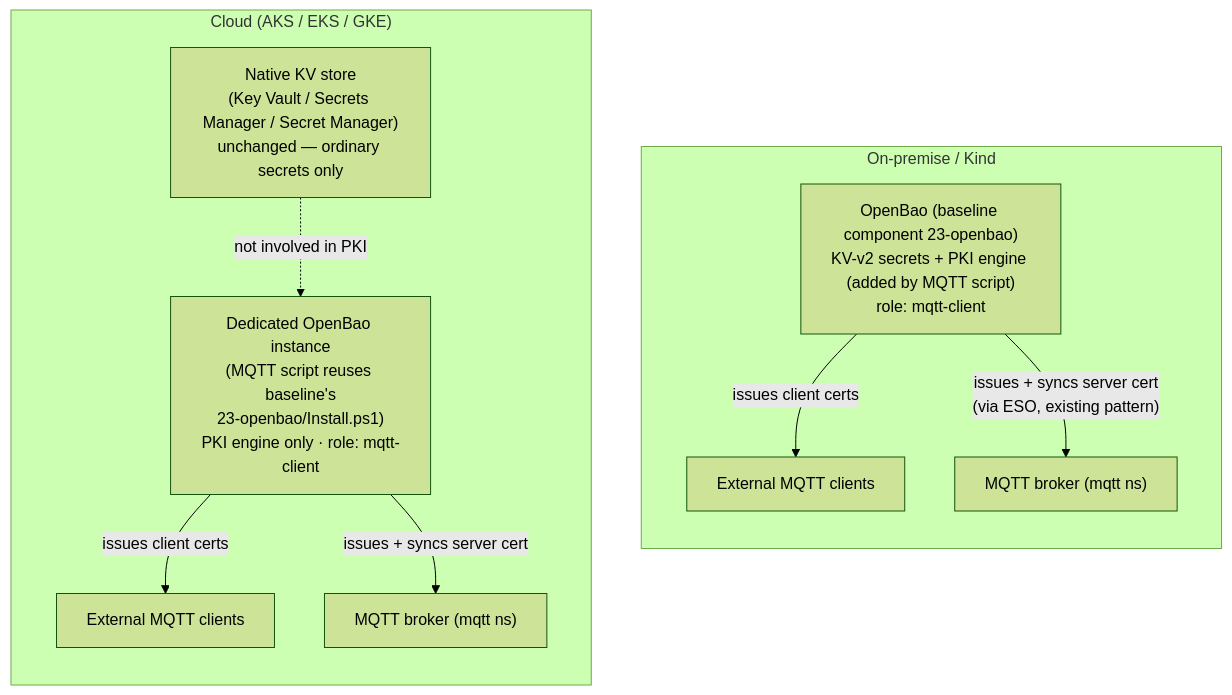
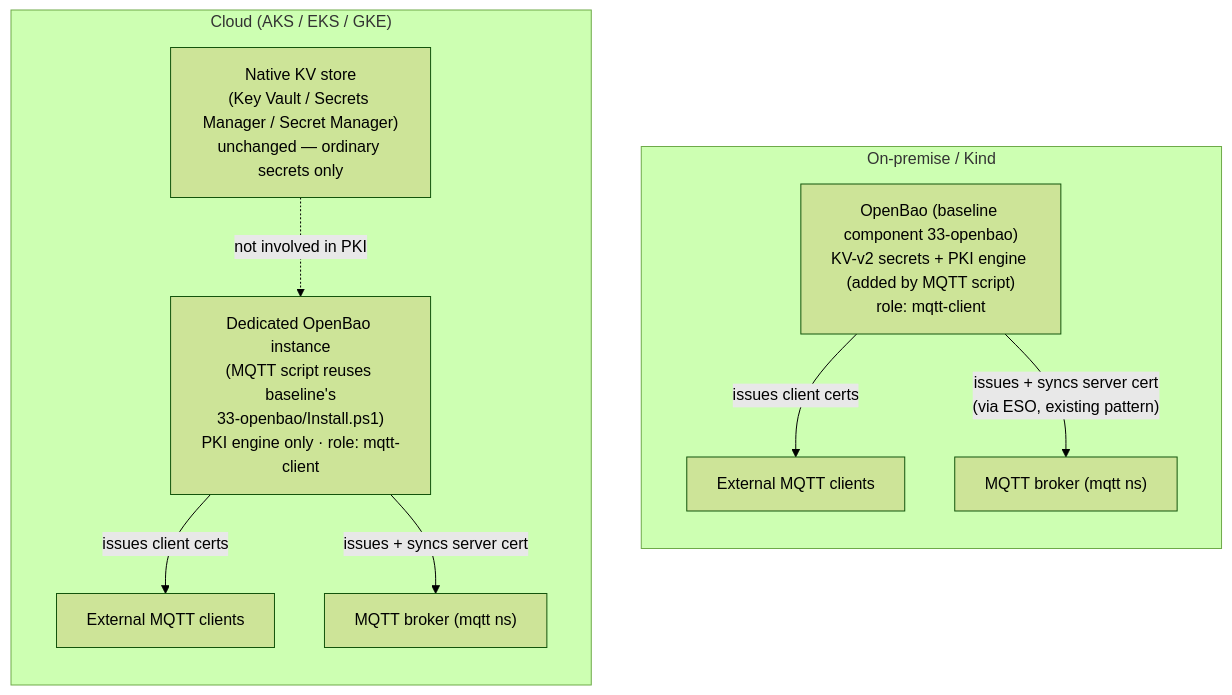
The first of 3 diagrams in CERTIFICATES.md (ba-sw-ltda/kubernetes-base-installer), drawn with Mermaid (forest theme) before and after one commit. The commit also changed other lines of this file and 2 other files, not shown here.

First line of the commit message:
Update architecture docs and README for current components

````diff
--- a/CERTIFICATES.md
+++ b/CERTIFICATES.md
@@ -35,20 +36,20 @@
 ```mermaid
 flowchart TB
     subgraph ONPREM["On-premise / Kind"]
         direction TB
-        OB1["OpenBao (baseline component 23-openbao)\nKV-v2 secrets + PKI engine (added by MQTT script)\nrole: mqtt-client"]
+        OB1["OpenBao (baseline component 33-openbao)\nKV-v2 secrets + PKI engine (added by MQTT script)\nrole: mqtt-client"]
         MB1["MQTT broker (mqtt ns)"]
         OB1 -- "issues client certs" --> EXT1["External MQTT clients"]
         OB1 -- "issues + syncs server cert\n(via ESO, existing pattern)" --> MB1
     end
 
     subgraph CLOUD["Cloud (AKS / EKS / GKE)"]
         direction TB
         NativeKV["Native KV store\n(Key Vault / Secrets Manager / Secret Manager)\nunchanged — ordinary secrets only"]
-        OB2["Dedicated OpenBao instance\n(MQTT script reuses baseline's\n23-openbao/Install.ps1)\nPKI engine only · role: mqtt-client"]
+        OB2["Dedicated OpenBao instance\n(MQTT script reuses baseline's\n33-openbao/Install.ps1)\nPKI engine only · role: mqtt-client"]
         MB2["MQTT broker (mqtt ns)"]
         OB2 -- "issues client certs" --> EXT2["External MQTT clients"]
         OB2 -- "issues + syncs server cert" --> MB2
         NativeKV -.->|"not involved in PKI"| OB2
     end
 ```
````
